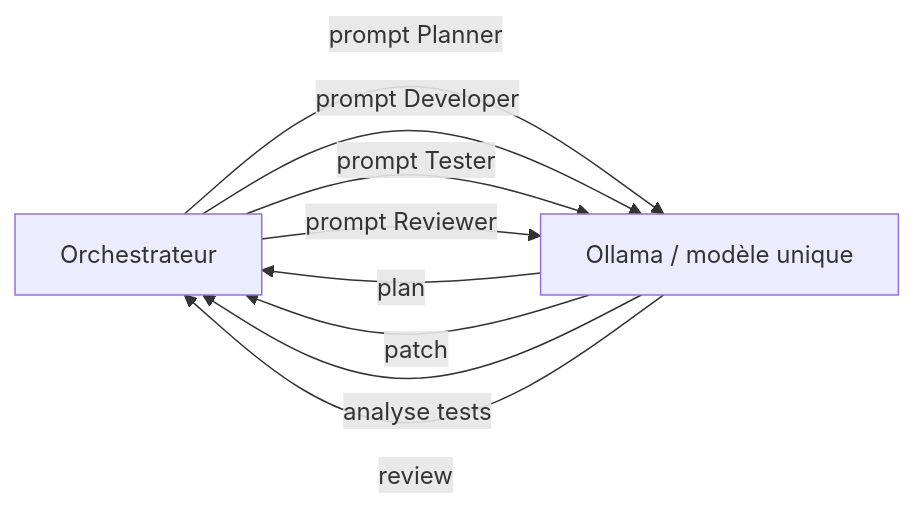
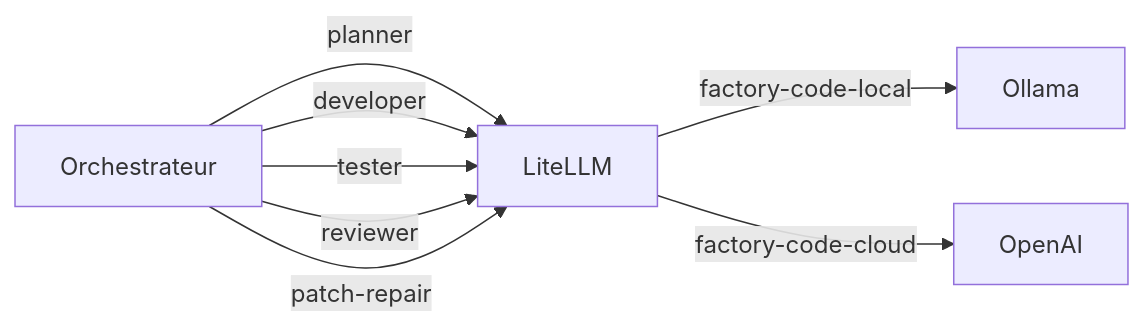
One commit to dbeaumont/ai-software-factory-local changed the second of 2 diagrams in docs/AI_SOFTWARE_FACTORY_LOCAL.md. Above: the diagram before and after it, drawn with Mermaid. The commit also changed other lines of this file and 3 other files, not shown here.

````diff
--- a/docs/AI_SOFTWARE_FACTORY_LOCAL.md
+++ b/docs/AI_SOFTWARE_FACTORY_LOCAL.md
@@ -217,14 +138,10 @@
 ```mermaid
 flowchart LR
-    O[Orchestrateur]
-    L[Ollama / modèle unique]
-
-    O -->|prompt Planner| L
-    L -->|plan| O
-    O -->|prompt Developer| L
-    L -->|patch| O
-    O -->|prompt Tester| L
-    L -->|analyse tests| O
-    O -->|prompt Reviewer| L
-    L -->|review| O
+    O[Orchestrateur] -->|planner| L[LiteLLM]
+    O -->|developer| L
+    O -->|tester| L
+    O -->|reviewer| L
+    O -->|patch-repair| L
+    L -->|factory-code-local| OL[Ollama]
+    L -->|factory-code-cloud| OP[OpenAI]
 ```
````
